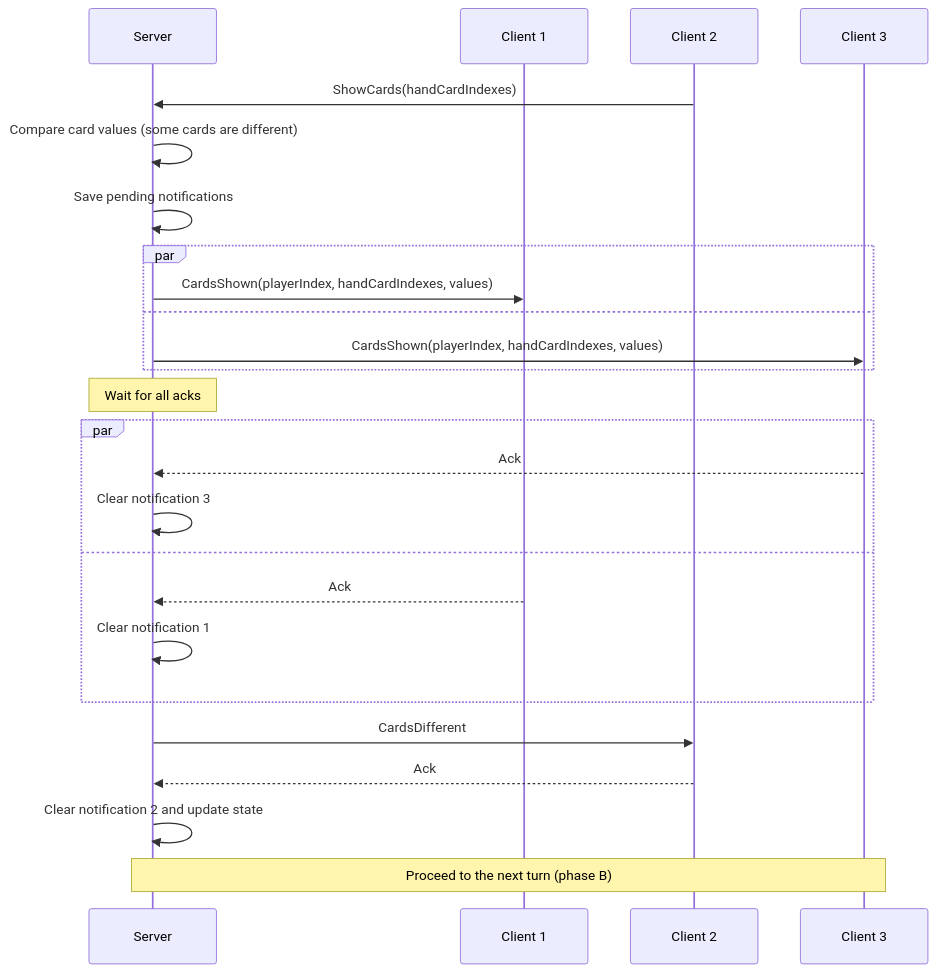
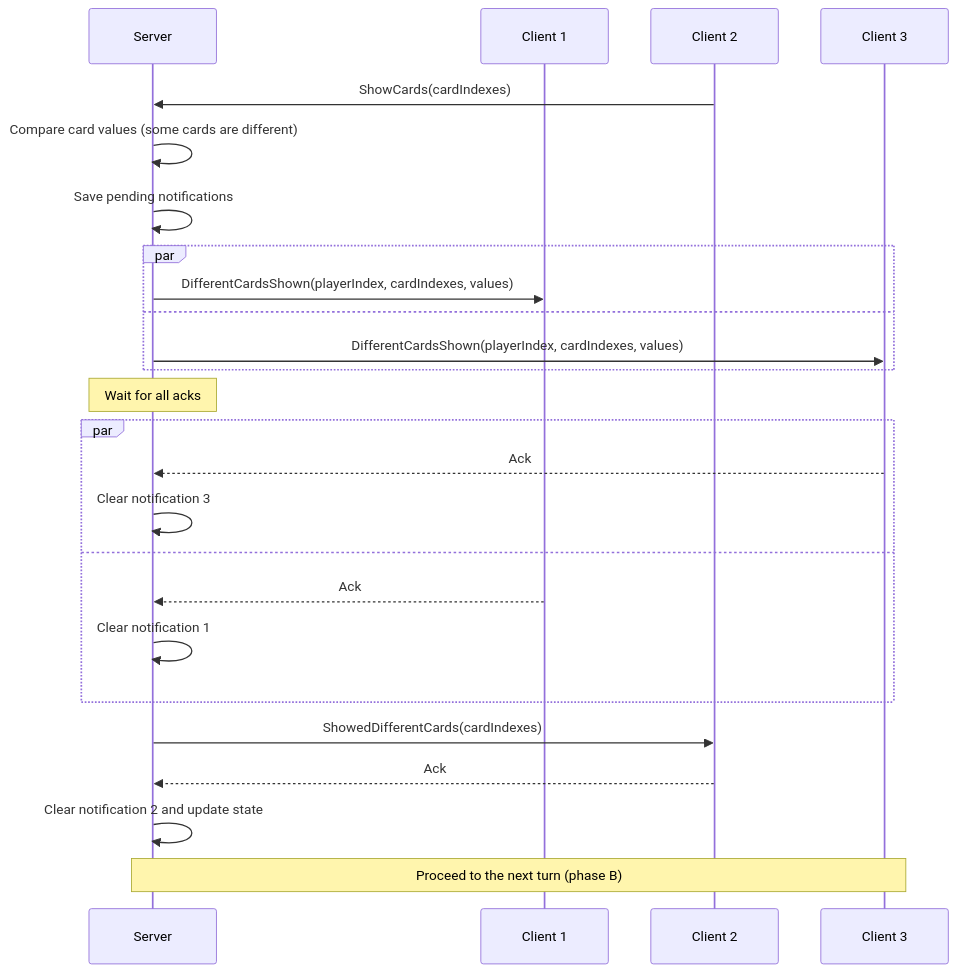
Before and after one commit to roman-zubarevich/another: the seventh of 15 diagrams in README.md, drawn with Mermaid. The commit also changed other lines of this file, not shown here.

````diff
--- a/README.md
+++ b/README.md
@@ -191,27 +191,27 @@
 ```mermaid
 sequenceDiagram
     participant S as Server
     participant C1 as Client 1
     participant C2 as Client 2
     participant C3 as Client 3
-    C2->>S: ShowCards(handCardIndexes)
+    C2->>S: ShowCards(cardIndexes)
     S->>S: Compare card values (some cards are different)
     S->>S: Save pending notifications
     par
-        S->>C1: CardsShown(playerIndex, handCardIndexes, values)
+        S->>C1: DifferentCardsShown(playerIndex, cardIndexes, values)
     and
-        S->>C3: CardsShown(playerIndex, handCardIndexes, values)
+        S->>C3: DifferentCardsShown(playerIndex, cardIndexes, values)
     end
     Note over S: Wait for all acks
     par
         C3-->>S: Ack
         S->>S: Clear notification 3
     and
         C1-->>S: Ack
         S->>S: Clear notification 1
     end
-    S->>C2: CardsDifferent
+    S->>C2: ShowedDifferentCards(cardIndexes)
     C2-->>S: Ack
     S->>S: Clear notification 2 and update state
     Note over S,C3: Proceed to the next turn (phase B)
 ```
````
